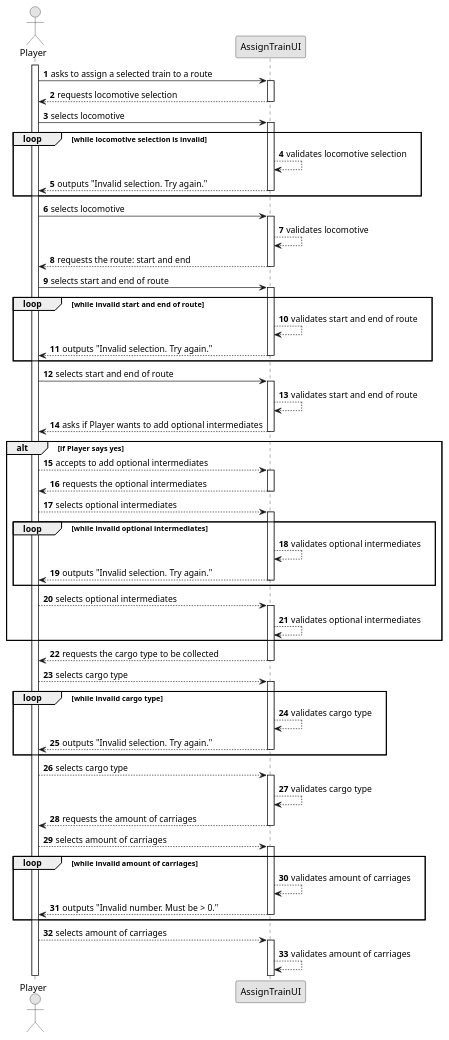
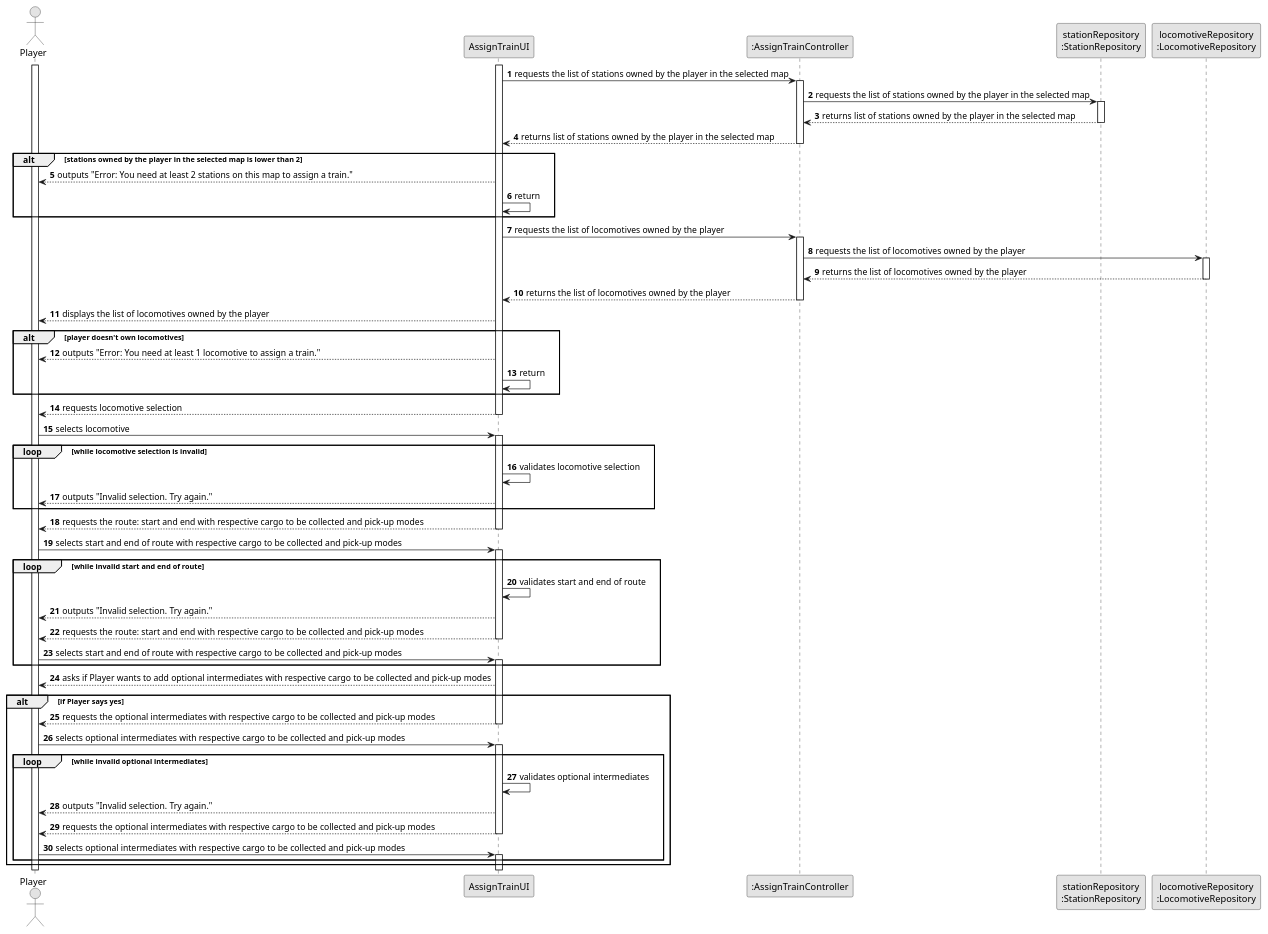
One commit to goncalolopesp/sem2-pi-24.25-g093-repo changed the diagram in docs/system-documentation/US010/03.design/puml/US010-Partial-SD-input.puml. Above: the diagram before and after it, drawn with PlantUML. The commit also changed 7 other files, not shown here.

Commit message:
US010 (docs) - Updated the partial sequence diagrams

```diff
--- a/docs/system-documentation/US010/03.design/puml/US010-Partial-SD-input.puml
+++ b/docs/system-documentation/US010/03.design/puml/US010-Partial-SD-input.puml
@@ -1,105 +1,100 @@
 @startuml
 skinparam monochrome true
 skinparam packageStyle rectangle
 skinparam shadowing false
 
 autonumber
 
 actor "Player" as Player
 participant "AssignTrainUI" as atui
+participant ":AssignTrainController" as atc
+participant "stationRepository\n:StationRepository" as srepo
+participant "locomotiveRepository\n:LocomotiveRepository" as lrepo
 
 activate Player
+activate atui
 
-Player -> atui : asks to assign a selected train to a route
-activate atui
+atui -> atc : requests the list of stations owned by the player in the selected map
+activate atc
+
+atc -> srepo : requests the list of stations owned by the player in the selected map
+activate srepo
+
+srepo --> atc : returns list of stations owned by the player in the selected map
+deactivate srepo
+
+atc --> atui : returns list of stations owned by the player in the selected map
+deactivate atc
+
+alt stations owned by the player in the selected map is lower than 2
+    atui --> Player : outputs "Error: You need at least 2 stations on this map to assign a train."
+    atui -> atui : return
+end
+
+atui -> atc : requests the list of locomotives owned by the player
+activate atc
+
+atc -> lrepo : requests the list of locomotives owned by the player
+activate lrepo
+
+lrepo --> atc : returns the list of locomotives owned by the player
+deactivate lrepo
+
+atc --> atui : returns the list of locomotives owned by the player
+deactivate atc
+
+atui --> Player : displays the list of locomotives owned by the player
+
+alt player doesn't own locomotives
+    atui --> Player : outputs "Error: You need at least 1 locomotive to assign a train."
+    atui -> atui : return
+end
 
 atui --> Player : requests locomotive selection
 deactivate atui
 
 Player -> atui : selects locomotive
 activate atui
 
 loop while locomotive selection is invalid
-    atui --> atui : validates locomotive selection
+    atui -> atui : validates locomotive selection
     atui --> Player : outputs "Invalid selection. Try again."
-    deactivate atui
 end
 
-Player -> atui : selects locomotive
-activate atui
-
-atui --> atui : validates locomotive
-atui --> Player : requests the route: start and end
+atui --> Player : requests the route: start and end with respective cargo to be collected and pick-up modes
 deactivate atui
 
-Player -> atui : selects start and end of route
+Player -> atui : selects start and end of route with respective cargo to be collected and pick-up modes
 activate atui
 
 loop while invalid start and end of route
-    atui --> atui : validates start and end of route
+    atui -> atui : validates start and end of route
     atui --> Player : outputs "Invalid selection. Try again."
+    atui --> Player : requests the route: start and end with respective cargo to be collected and pick-up modes
     deactivate atui
+
+    Player -> atui : selects start and end of route with respective cargo to be collected and pick-up modes
+    activate atui
 end
 
-Player -> atui : selects start and end of route
-activate atui
-
-atui --> atui : validates start and end of route
-atui --> Player : asks if Player wants to add optional intermediates
-deactivate atui
+atui --> Player : asks if Player wants to add optional intermediates with respective cargo to be collected and pick-up modes
 
 alt if Player says yes
-    Player --> atui : accepts to add optional intermediates
-    activate atui
 
-    atui --> Player : requests the optional intermediates
+    atui --> Player : requests the optional intermediates with respective cargo to be collected and pick-up modes
     deactivate atui
 
-    Player --> atui : selects optional intermediates
+    Player -> atui : selects optional intermediates with respective cargo to be collected and pick-up modes
     activate atui
 
     loop while invalid optional intermediates
-        atui --> atui : validates optional intermediates
+        atui -> atui : validates optional intermediates
         atui --> Player : outputs "Invalid selection. Try again."
+        atui --> Player : requests the optional intermediates with respective cargo to be collected and pick-up modes
         deactivate atui
+
+        Player -> atui : selects optional intermediates with respective cargo to be collected and pick-up modes
+        activate atui
     end
-
-    Player --> atui : selects optional intermediates
-    activate atui
-
-    atui --> atui : validates optional intermediates
 end
-
-atui --> Player : requests the cargo type to be collected
-deactivate atui
-
-Player --> atui : selects cargo type
-activate atui
-
-loop while invalid cargo type
-    atui --> atui : validates cargo type
-    atui --> Player : outputs "Invalid selection. Try again."
-    deactivate atui
-end
-
-Player --> atui : selects cargo type
-activate atui
-
-atui --> atui : validates cargo type
-atui --> Player : requests the amount of carriages
-deactivate atui
-
-Player --> atui : selects amount of carriages
-activate atui
-
-loop while invalid amount of carriages
-    atui --> atui : validates amount of carriages
-    atui --> Player : outputs "Invalid number. Must be > 0."
-    deactivate atui
-end
-
-Player --> atui : selects amount of carriages
-activate atui
-
-atui --> atui : validates amount of carriages
 @enduml
```
